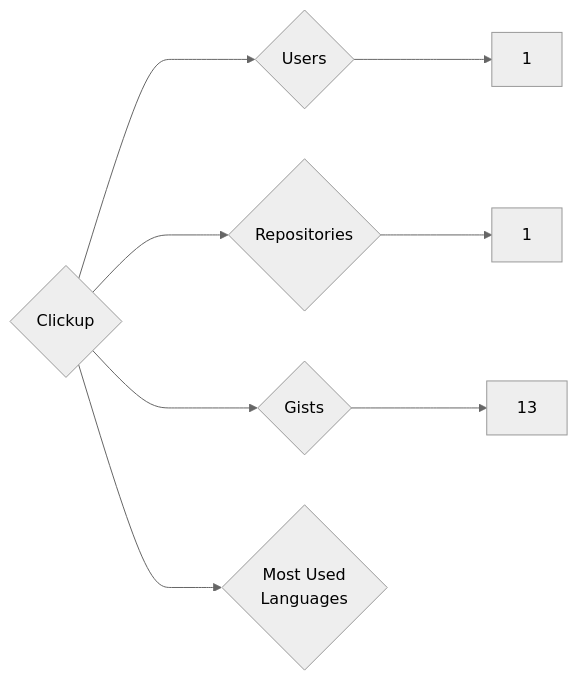
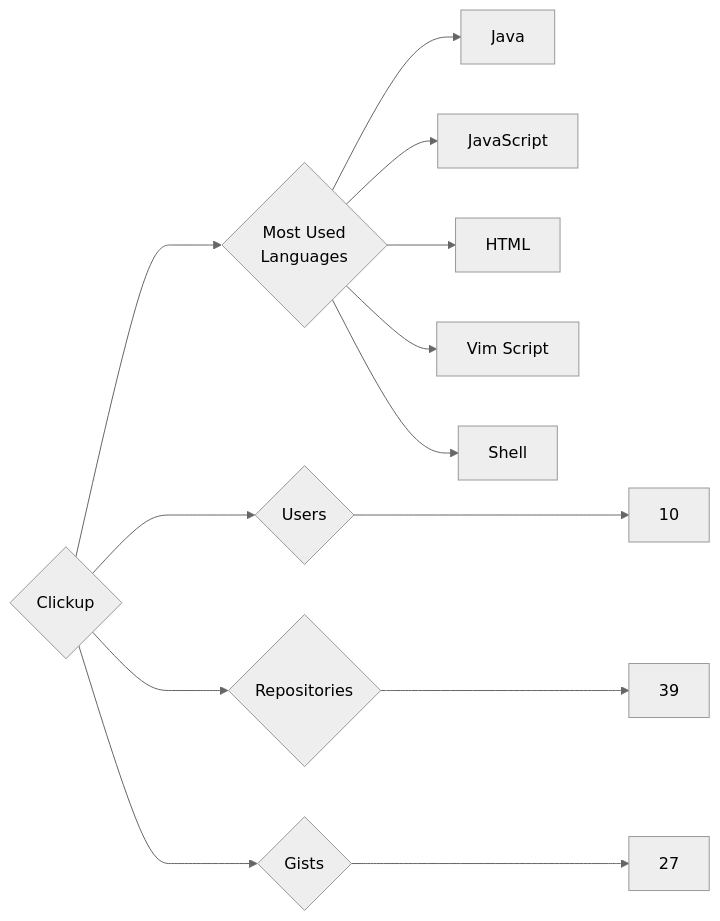
Before and after one commit to trickest/insiders: the diagram in targets/Clickup/README.md, drawn with Mermaid (neutral theme). The commit also changed 724 other files, not shown here.

````diff
--- a/targets/Clickup/README.md
+++ b/targets/Clickup/README.md
@@ -3,8 +3,13 @@
 ```mermaid
 graph LR
 COMPANY_NAME{Clickup}
-COMPANY_NAME ---> U{Users} ---> UN[1]
-COMPANY_NAME ---> R{Repositories} ---> RN[1]
-COMPANY_NAME ---> G{Gists} ---> GN[13]
+COMPANY_NAME ---> U{Users} ---> UN[10]
+COMPANY_NAME ---> R{Repositories} ---> RN[39]
+COMPANY_NAME ---> G{Gists} ---> GN[27]
 COMPANY_NAME ---> ML{Most Used<br>Languages}
+ML --> Java[Java]
+ML --> JavaScript[JavaScript]
+ML --> HTML[HTML]
+ML --> Vim_Script[Vim Script]
+ML --> Shell[Shell]
 ```
````
